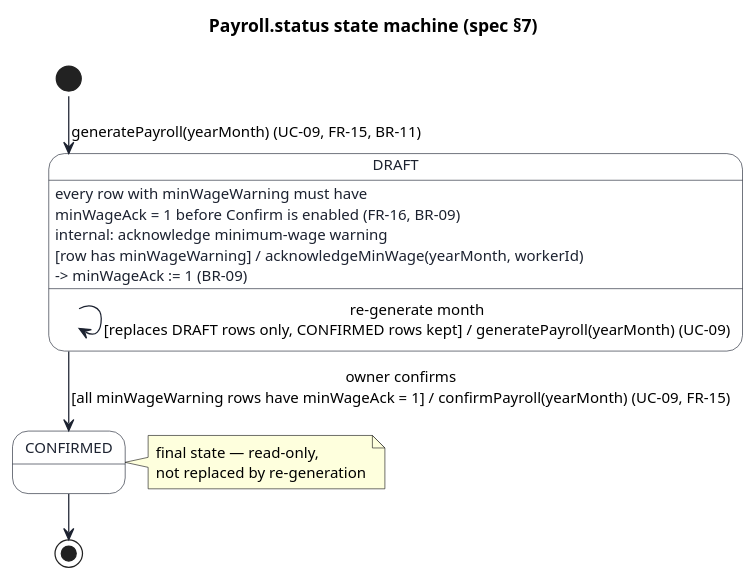
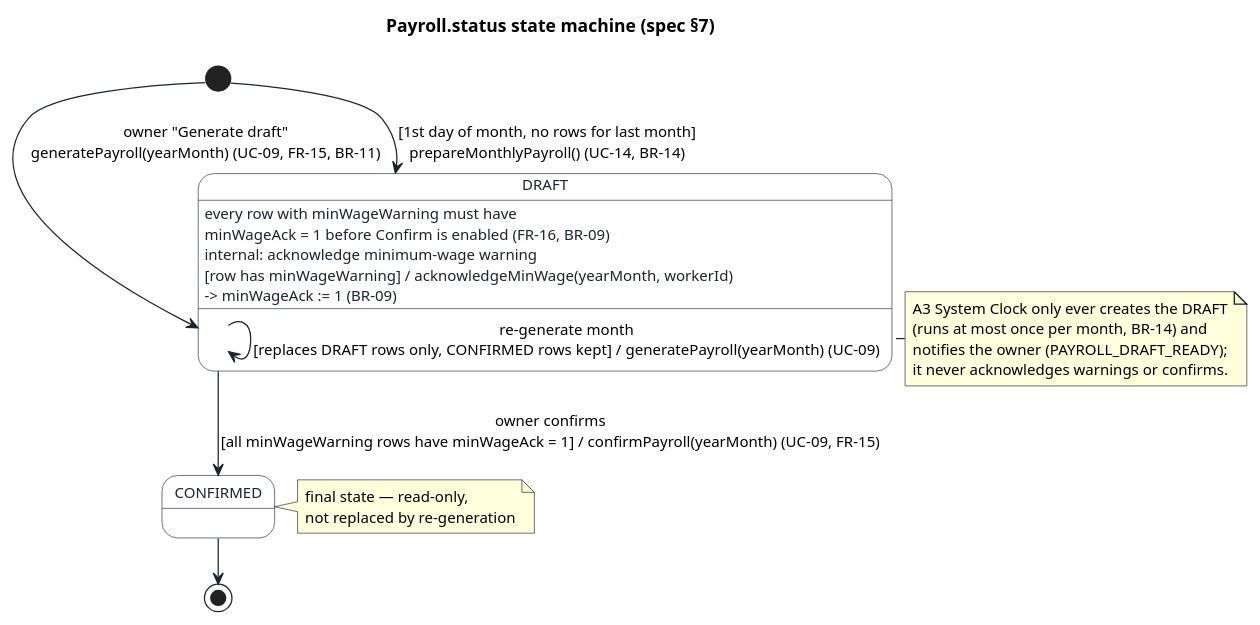
One commit to keemlogan/shiftswap changed the diagram in uml/src/state-payroll.puml. Above: the diagram before and after it, drawn with PlantUML. The commit also changed 58 other files, not shown here.

Commit message:
Iteration 7: contract work history and automatic monthly payroll draft; team e-mails; reproduction run 4 (89/89); report 130 pages

```diff
--- a/uml/src/state-payroll.puml
+++ b/uml/src/state-payroll.puml
@@ -1,29 +1,31 @@
 @startuml state-payroll
 !pragma layout smetana
 skinparam defaultFontName "Helvetica"
 skinparam defaultFontSize 12
 skinparam shadowing false
 skinparam backgroundColor #FFFFFF
 skinparam state {
   BackgroundColor #FFFFFF
   BorderColor #1C2230
   FontColor #1C2230
   ArrowColor #1C2230
 }
 
 title Payroll.status state machine (spec §7)
 
-[*] --> DRAFT : generatePayroll(yearMonth) (UC-09, FR-15, BR-11)
+[*] --> DRAFT : owner "Generate draft"\ngeneratePayroll(yearMonth) (UC-09, FR-15, BR-11)
+[*] --> DRAFT : [1st day of month, no rows for last month]\nprepareMonthlyPayroll() (UC-14, BR-14)
 
 state DRAFT {
   DRAFT : every row with minWageWarning must have\nminWageAck = 1 before Confirm is enabled (FR-16, BR-09)
   DRAFT : internal: acknowledge minimum-wage warning\n[row has minWageWarning] / acknowledgeMinWage(yearMonth, workerId)\n-> minWageAck := 1 (BR-09)
   DRAFT --> DRAFT : re-generate month\n[replaces DRAFT rows only, CONFIRMED rows kept] / generatePayroll(yearMonth) (UC-09)
 }
 
 DRAFT --> CONFIRMED : owner confirms\n[all minWageWarning rows have minWageAck = 1] / confirmPayroll(yearMonth) (UC-09, FR-15)
 
 CONFIRMED --> [*]
 
 note right of CONFIRMED : final state — read-only,\nnot replaced by re-generation
+note left of DRAFT : A3 System Clock only ever creates the DRAFT\n(runs at most once per month, BR-14) and\nnotifies the owner (PAYROLL_DRAFT_READY);\nit never acknowledges warnings or confirms.
 @enduml
```
